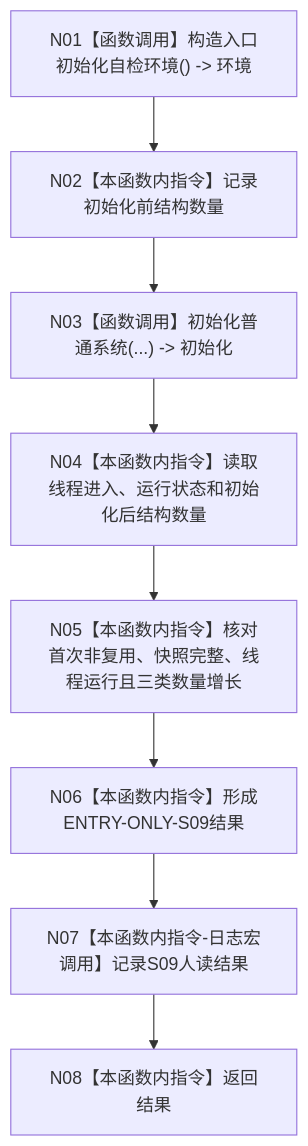
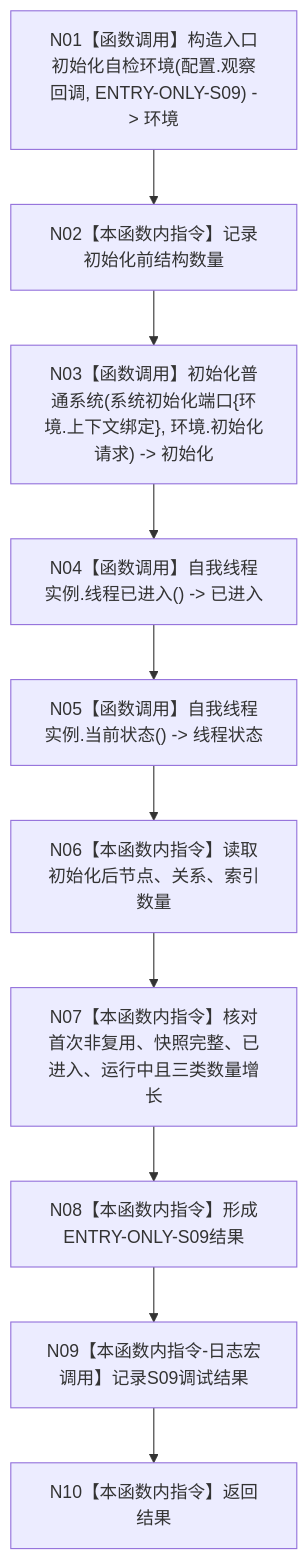
One commit to chunhaizh-cyber/HY-Ego changed the diagram in 流程图/20260726_ENTRY-ONLY_S09_自我线程进入与初始化_施工流程图_v0.1.md. Above: the diagram before and after it, drawn with Mermaid. The commit also changed other lines of this file and 54 other files, not shown here.

Commit message:
修订 ENTRY-ONLY 入口职责设计包

````diff
--- a/流程图/20260726_ENTRY-ONLY_S09_自我线程进入与初始化_施工流程图_v0.1.md
+++ b/流程图/20260726_ENTRY-ONLY_S09_自我线程进入与初始化_施工流程图_v0.1.md
@@ -27,10 +27,12 @@
 ```mermaid
 flowchart TD
-    N01["N01【函数调用】构造入口初始化自检环境() -> 环境"] --> N02["N02【本函数内指令】记录初始化前结构数量"]
-    N02 --> N03["N03【函数调用】初始化普通系统(...) -> 初始化"]
-    N03 --> N04["N04【本函数内指令】读取线程进入、运行状态和初始化后结构数量"]
-    N04 --> N05["N05【本函数内指令】核对首次非复用、快照完整、线程运行且三类数量增长"]
-    N05 --> N06["N06【本函数内指令】形成ENTRY-ONLY-S09结果"]
-    N06 --> N07["N07【本函数内指令-日志宏调用】记录S09人读结果"]
-    N07 --> N08["N08【本函数内指令】返回结果"]
+    N01["N01【函数调用】构造入口初始化自检环境(配置.观察回调, ENTRY-ONLY-S09) -> 环境"] --> N02["N02【本函数内指令】记录初始化前结构数量"]
+    N02 --> N03["N03【函数调用】初始化普通系统(系统初始化端口{环境.上下文绑定}, 环境.初始化请求) -> 初始化"]
+    N03 --> N04["N04【函数调用】自我线程实例.线程已进入() -> 已进入"]
+    N04 --> N05["N05【函数调用】自我线程实例.当前状态() -> 线程状态"]
+    N05 --> N06["N06【本函数内指令】读取初始化后节点、关系、索引数量"]
+    N06 --> N07["N07【本函数内指令】核对首次非复用、快照完整、已进入、运行中且三类数量增长"]
+    N07 --> N08["N08【本函数内指令】形成ENTRY-ONLY-S09结果"]
+    N08 --> N09["N09【本函数内指令-日志宏调用】记录S09调试结果"]
+    N09 --> N10["N10【本函数内指令】返回结果"]
 ```
````
